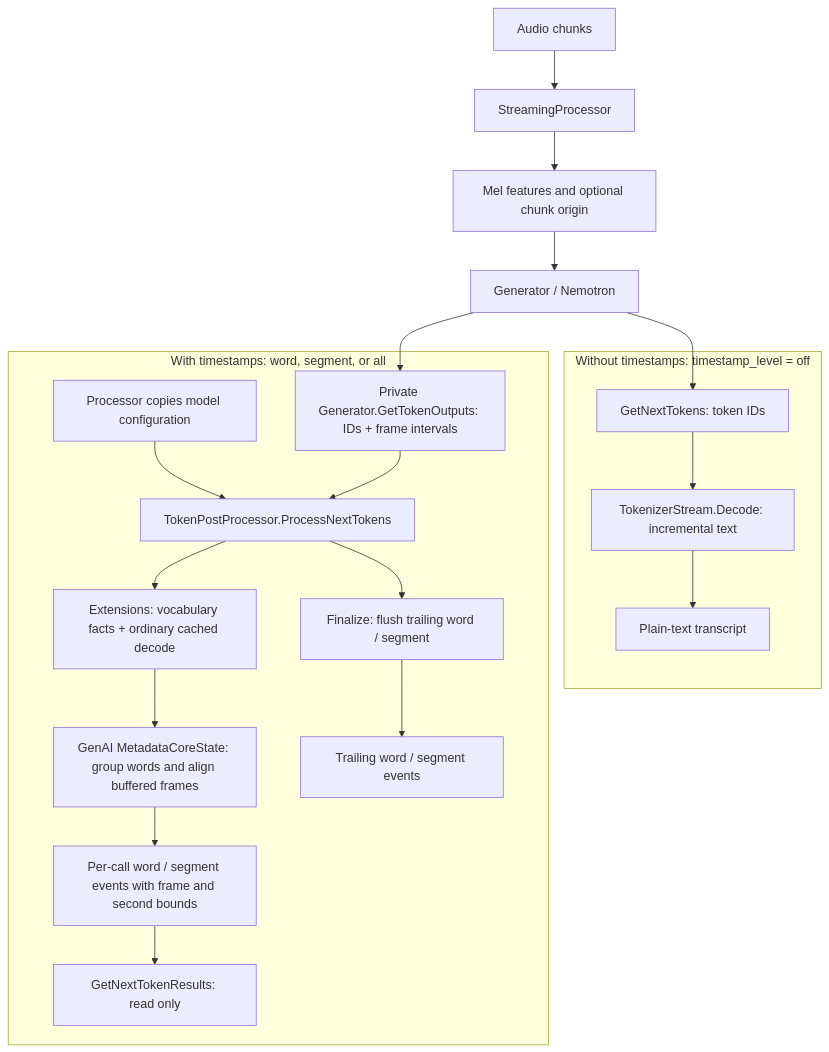
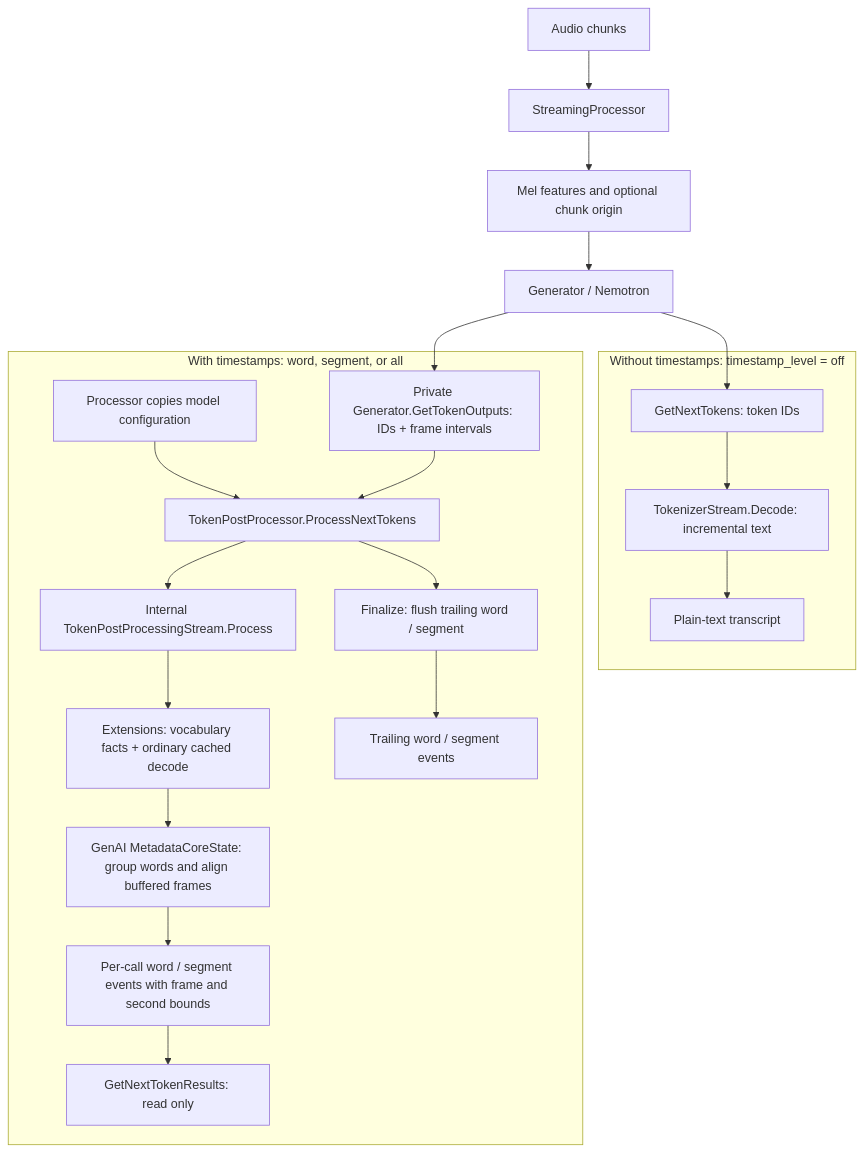
One commit to microsoft/onnxruntime-genai changed the diagram in docs/nemotron_speech_timestamps.md. Above: the diagram before and after it, drawn with Mermaid. The commit also changed other lines of this file and 20 other files, not shown here.

````diff
--- a/docs/nemotron_speech_timestamps.md
+++ b/docs/nemotron_speech_timestamps.md
@@ -51,25 +52,26 @@
 ```mermaid
 flowchart TB
   audio[Audio chunks] --> processor[StreamingProcessor]
   processor --> features[Mel features and optional chunk origin]
   features --> generator[Generator / Nemotron]
 
   subgraph plain[Without timestamps: timestamp_level = off]
     ids[GetNextTokens: token IDs] --> decode[TokenizerStream.Decode: incremental text]
     decode --> transcript[Plain-text transcript]
   end
 
   subgraph timed[With timestamps: word, segment, or all]
     setup[Processor copies model configuration] --> stream
     timed_tokens[Private Generator.GetTokenOutputs: IDs + frame intervals] --> stream[TokenPostProcessor.ProcessNextTokens]
-    stream --> ortx[Extensions: vocabulary facts + ordinary cached decode]
+    stream --> internal[Internal TokenPostProcessingStream.Process]
+    internal --> ortx[Extensions: vocabulary facts + ordinary cached decode]
     ortx --> align[GenAI MetadataCoreState: group words and align buffered frames]
     align --> events[Per-call word / segment events with frame and second bounds]
     events --> read[GetNextTokenResults: read only]
     stream --> final[Finalize: flush trailing word / segment]
     final --> trailing[Trailing word / segment events]
   end
 
   generator --> ids
   generator --> timed_tokens
 ```
````
